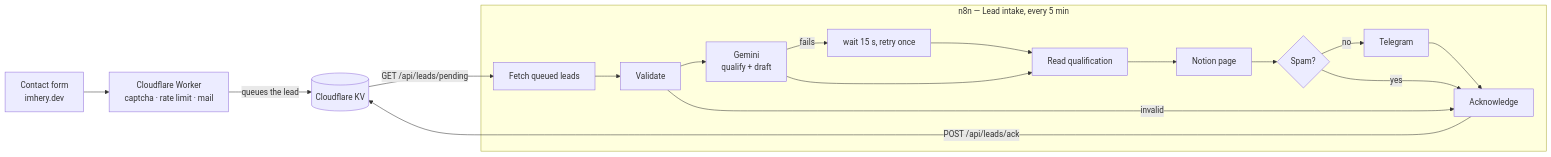
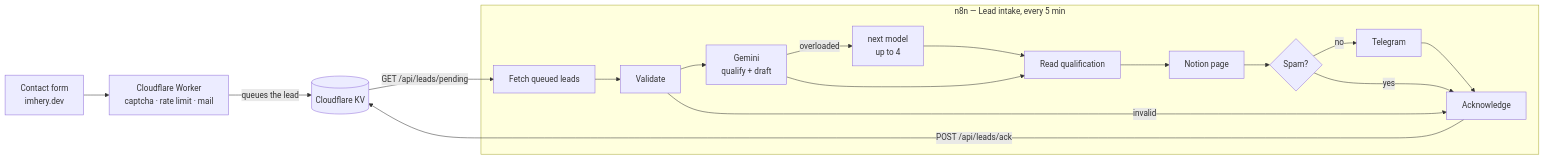
One commit to Hery0019/lead-assistant changed the diagram in README.md. Above: the diagram before and after it, drawn with Mermaid. The commit also changed other lines of this file and 1 other file, not shown here.

````diff
--- a/README.md
+++ b/README.md
@@ -10,17 +10,17 @@
 ```mermaid
 flowchart LR
   F[Contact form<br/>imhery.dev] --> W[Cloudflare Worker<br/>captcha · rate limit · mail]
   W -- "queues the lead" --> K[(Cloudflare KV)]
   subgraph n8n [n8n — Lead intake, every 5 min]
     P[Fetch queued leads] --> V[Validate] --> G[Gemini<br/>qualify + draft]
-    G -- "fails" --> R[wait 15 s, retry once] --> Q
+    G -- "overloaded" --> G2[next model<br/>up to 4] --> Q
     G --> Q[Read qualification] --> N[Notion page]
     N --> S{Spam?}
     S -- no --> T[Telegram]
     T --> A[Acknowledge]
     S -- yes --> A
     V -- invalid --> A
   end
   K -- "GET /api/leads/pending" --> P
   A -- "POST /api/leads/ack" --> K
 ```
````
